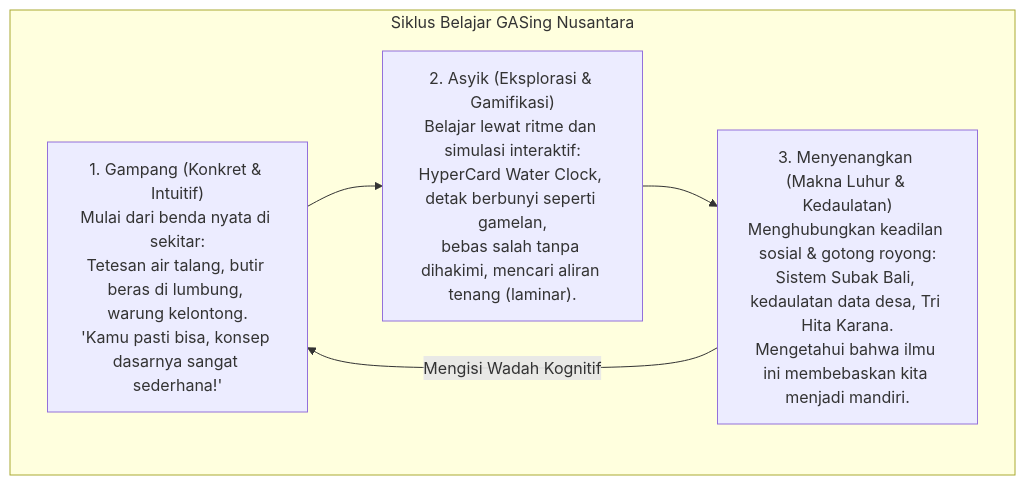
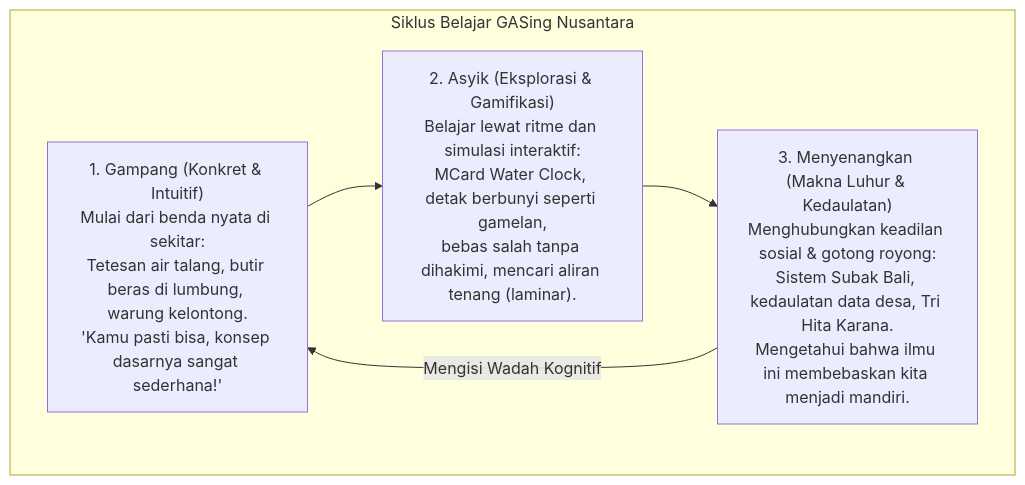
Before and after one commit to xlp0/PrologueOfSpacetime: the first of 3 diagrams in chapters/00_Structure_and_Vision.md, drawn with Mermaid. The commit also changed 11 other files, not shown here.

Commit message:
chore(ch01): remove legacy HyperCard_Water_Clock directory and update all inbound references

````diff
--- a/chapters/00_Structure_and_Vision.md
+++ b/chapters/00_Structure_and_Vision.md
@@ -233,9 +233,9 @@
 ```mermaid
 flowchart TD
     subgraph GASing["Siklus Belajar GASing Nusantara"]
         A["1. Gampang (Konkret & Intuitif)<br/>Mulai dari benda nyata di sekitar:<br/>Tetesan air talang, butir beras di lumbung, warung kelontong.<br/>'Kamu pasti bisa, konsep dasarnya sangat sederhana!'"]
-        --> B["2. Asyik (Eksplorasi & Gamifikasi)<br/>Belajar lewat ritme dan simulasi interaktif:<br/>HyperCard Water Clock, detak berbunyi seperti gamelan,<br/>bebas salah tanpa dihakimi, mencari aliran tenang (laminar)."]
+        --> B["2. Asyik (Eksplorasi & Gamifikasi)<br/>Belajar lewat ritme dan simulasi interaktif:<br/>MCard Water Clock, detak berbunyi seperti gamelan,<br/>bebas salah tanpa dihakimi, mencari aliran tenang (laminar)."]
         --> C["3. Menyenangkan (Makna Luhur & Kedaulatan)<br/>Menghubungkan keadilan sosial & gotong royong:<br/>Sistem Subak Bali, kedaulatan data desa, Tri Hita Karana.<br/>Mengetahui bahwa ilmu ini membebaskan kita menjadi mandiri."]
     end
     C -->|"Mengisi Wadah Kognitif"| A
 ```
````
